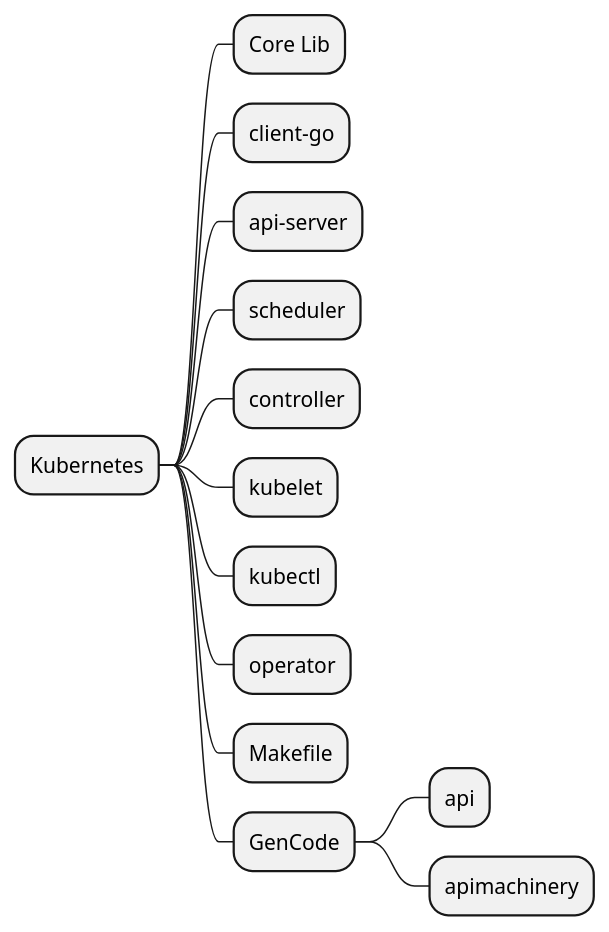
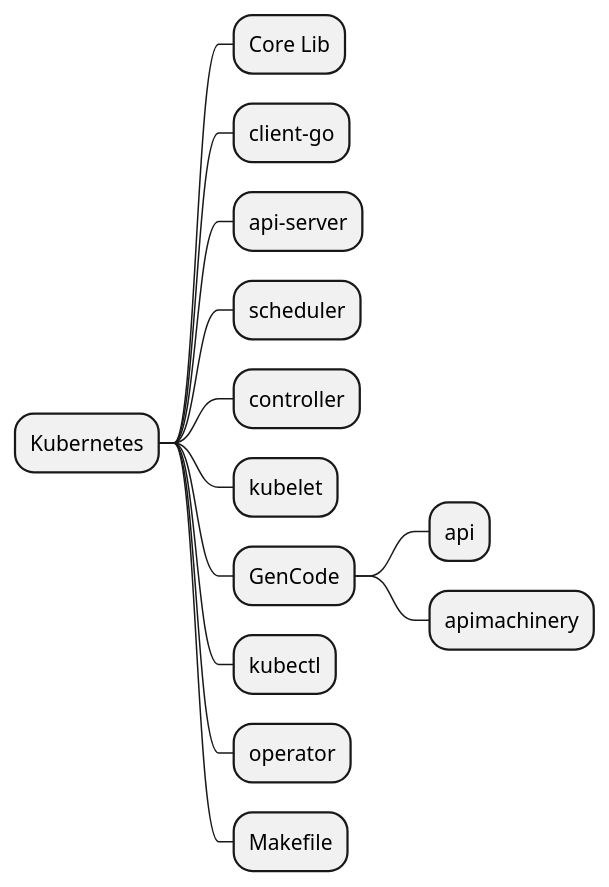
Before and after one commit to zhaoweiguo/knowledge.bkg: the diagram in source/plantumls/sources/cloudnative/kubernetes/struct.puml, drawn with PlantUML. The commit also changed other lines of this file and 13 other files, not shown here.

```diff
--- a/source/plantumls/sources/cloudnative/kubernetes/struct.puml
+++ b/source/plantumls/sources/cloudnative/kubernetes/struct.puml
@@ -1,17 +1,17 @@
 @startmindmap
 
 * Kubernetes
 ** Core Lib
 ** client-go
 ** api-server
 ** scheduler
 ** controller
 ** kubelet
+** GenCode
+*** api
+*** apimachinery
 ** kubectl
 ** operator
 ** Makefile
-** GenCode
-*** api
-*** apimachinery
 
 @endmindmap
```
